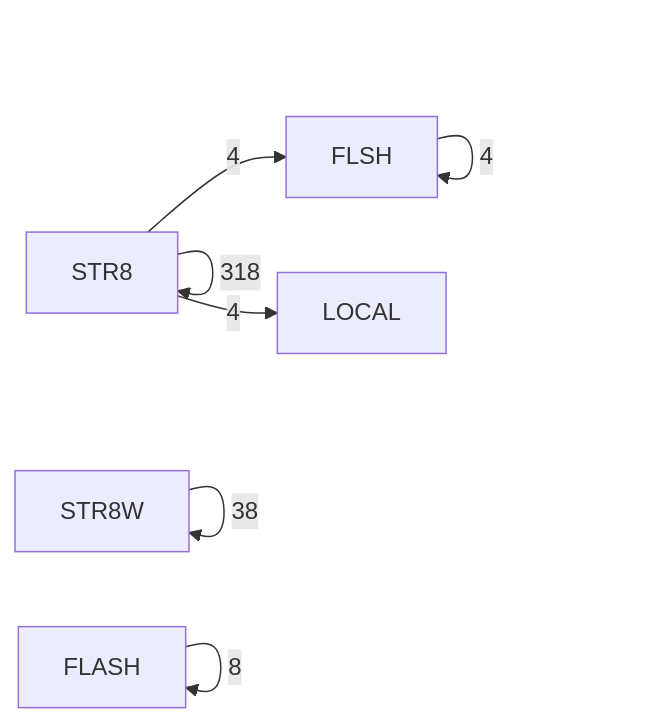
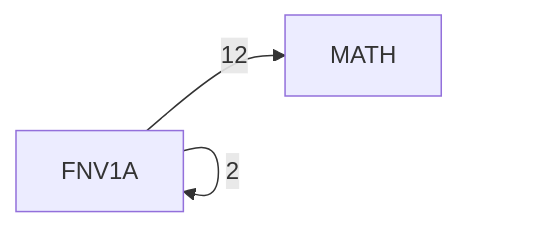
The sixth of 7 diagrams in DOC/GENERATED/ROUTINE_CLASS_DIAGRAM.md (95westus/R-YORS), drawn with Mermaid before and after one commit. The commit also changed other lines of this file and 65 other files, not shown here.

````diff
--- a/DOC/GENERATED/ROUTINE_CLASS_DIAGRAM.md
+++ b/DOC/GENERATED/ROUTINE_CLASS_DIAGRAM.md
@@ -77,9 +86,5 @@
 ```mermaid
 flowchart LR
-    P_STR8[STR8] -->|318| P_STR8[STR8]
-    P_STR8W[STR8W] -->|38| P_STR8W[STR8W]
-    P_FLASH[FLASH] -->|8| P_FLASH[FLASH]
-    P_FLSH[FLSH] -->|4| P_FLSH[FLSH]
-    P_STR8[STR8] -->|4| P_FLSH[FLSH]
-    P_STR8[STR8] -->|4| P_LOCAL[LOCAL]
+    P_FNV1A[FNV1A] -->|12| P_MATH[MATH]
+    P_FNV1A[FNV1A] -->|2| P_FNV1A[FNV1A]
 ```
````
